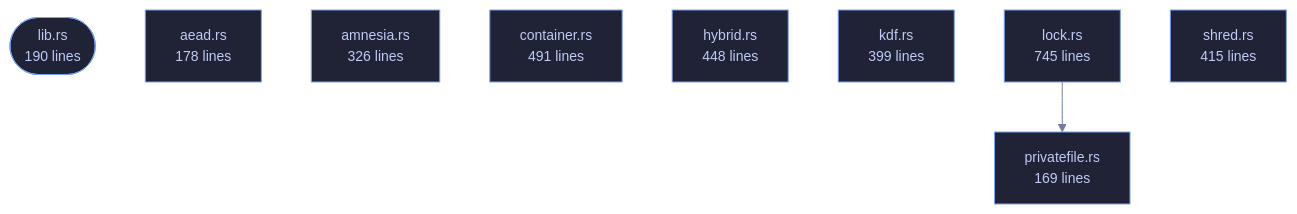
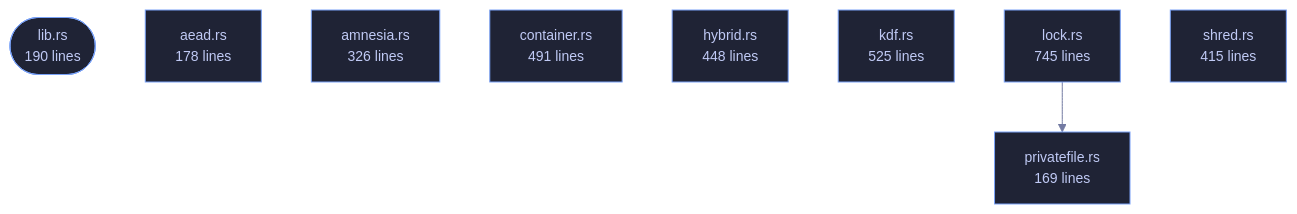
Before and after one commit to tilas01/veilvoice: the diagram in crates/veilvoice-crypto/README.md, drawn with Mermaid. The commit also changed other lines of this file and 81 other files, not shown here.

````diff
--- a/crates/veilvoice-crypto/README.md
+++ b/crates/veilvoice-crypto/README.md
@@ -108,23 +108,23 @@
 ```mermaid
 %%{init: {"theme":"base","themeVariables":{"background":"#1a1b26","primaryColor":"#1f2335","primaryTextColor":"#c0caf5","primaryBorderColor":"#7aa2f7","secondaryColor":"#16161e","tertiaryColor":"#16161e","lineColor":"#737aa2","textColor":"#c0caf5","mainBkg":"#1f2335","nodeBorder":"#7aa2f7","clusterBkg":"#16161e","clusterBorder":"#2f3549","fontFamily":"ui-monospace, SFMono-Regular, Consolas, monospace","fontSize":"14px"}}}%%
 flowchart TD
     n_lib(["lib.rs<br/>190 lines"])
     n_aead["aead.rs<br/>178 lines"]
     n_amnesia["amnesia.rs<br/>326 lines"]
     n_container["container.rs<br/>491 lines"]
     n_hybrid["hybrid.rs<br/>448 lines"]
-    n_kdf["kdf.rs<br/>399 lines"]
+    n_kdf["kdf.rs<br/>525 lines"]
     n_lock["lock.rs<br/>745 lines"]
     n_privatefile["privatefile.rs<br/>169 lines"]
     n_shred["shred.rs<br/>415 lines"]
     n_lock --> n_privatefile
     click n_lib href "https://github.com/tilas01/veilvoice/blob/main/crates/veilvoice-crypto/src/lib.rs" "open the source"
     click n_aead href "https://github.com/tilas01/veilvoice/blob/main/crates/veilvoice-crypto/src/aead.rs" "open the source"
     click n_amnesia href "https://github.com/tilas01/veilvoice/blob/main/crates/veilvoice-crypto/src/amnesia.rs" "open the source"
     click n_container href "https://github.com/tilas01/veilvoice/blob/main/crates/veilvoice-crypto/src/container.rs" "open the source"
     click n_hybrid href "https://github.com/tilas01/veilvoice/blob/main/crates/veilvoice-crypto/src/hybrid.rs" "open the source"
     click n_kdf href "https://github.com/tilas01/veilvoice/blob/main/crates/veilvoice-crypto/src/kdf.rs" "open the source"
     click n_lock href "https://github.com/tilas01/veilvoice/blob/main/crates/veilvoice-crypto/src/lock.rs" "open the source"
     click n_privatefile href "https://github.com/tilas01/veilvoice/blob/main/crates/veilvoice-crypto/src/privatefile.rs" "open the source"
     click n_shred href "https://github.com/tilas01/veilvoice/blob/main/crates/veilvoice-crypto/src/shred.rs" "open the source"
 ```
````
